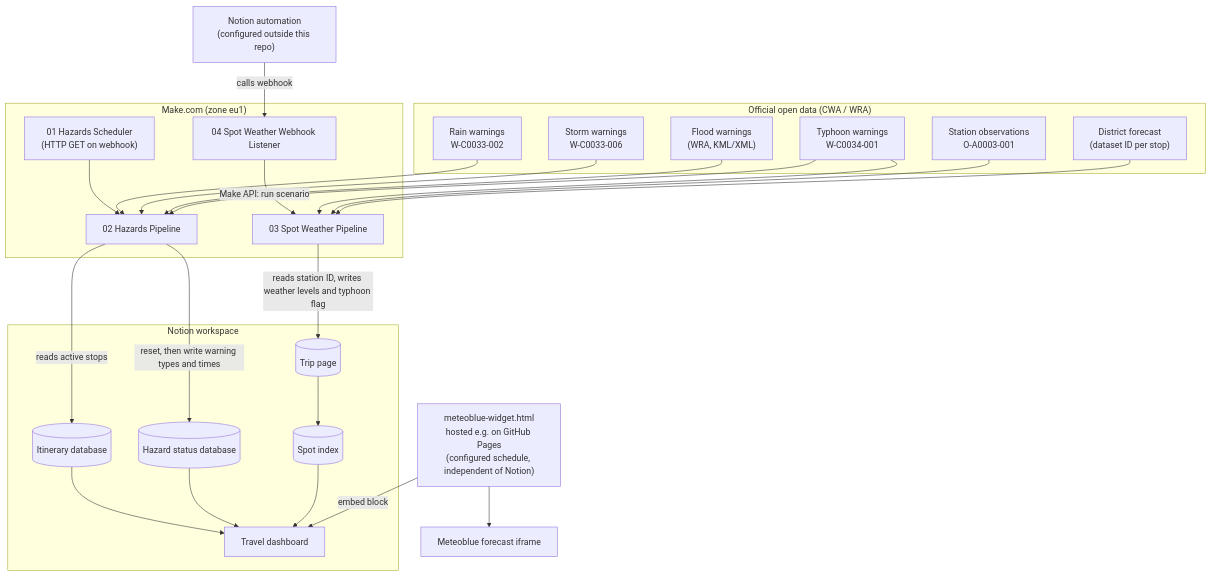
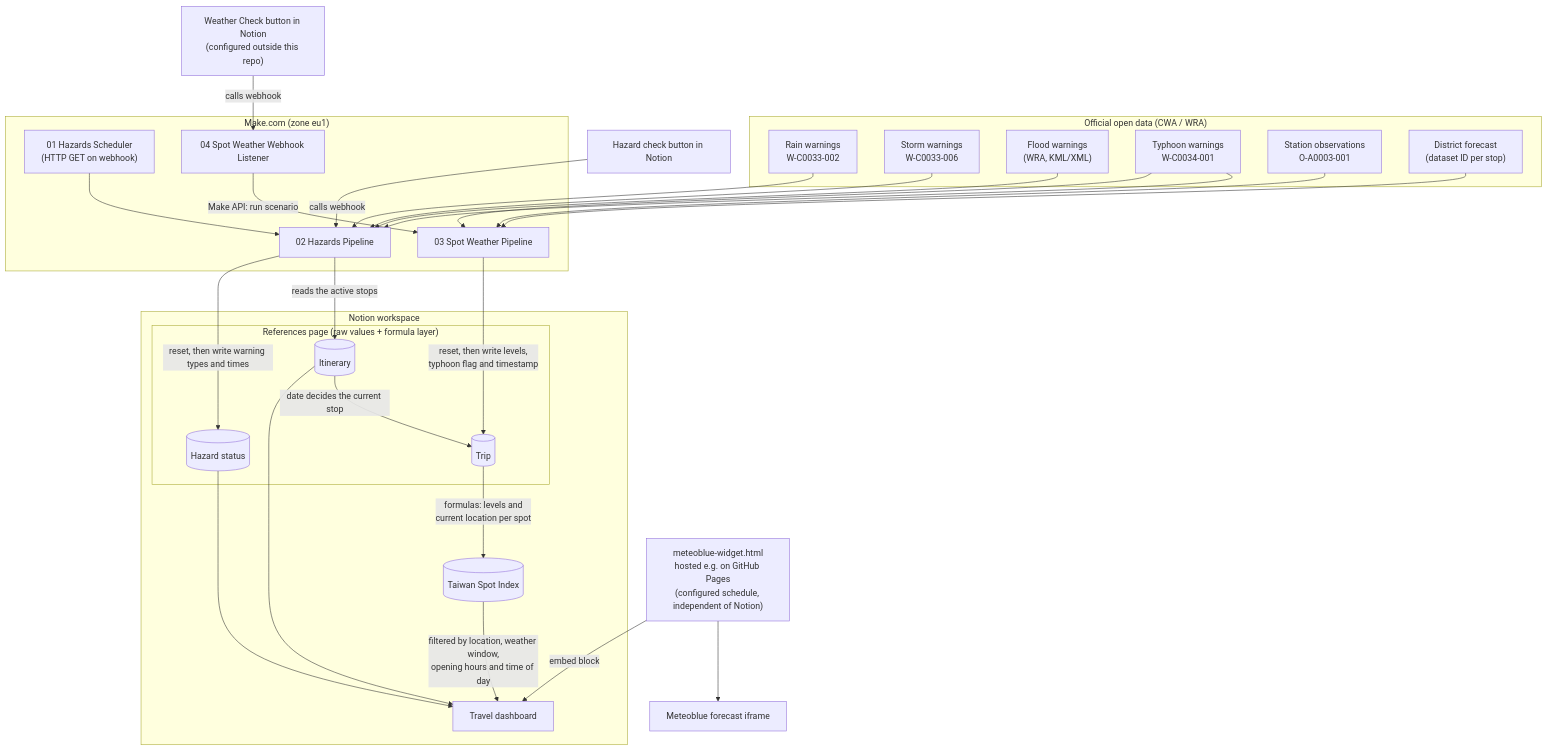
The first of 4 diagrams in README.md (bisch2306/travel-weather-intelligence-system), drawn with Mermaid before and after one commit. The commit also changed other lines of this file and 8 other files, not shown here.

````diff
--- a/README.md
+++ b/README.md
@@ -22,44 +27,48 @@
 ```mermaid
 graph TD
     subgraph SRC["Official open data (CWA / WRA)"]
         A1["Rain warnings<br/>W-C0033-002"]
         A2["Storm warnings<br/>W-C0033-006"]
         A3["Flood warnings<br/>(WRA, KML/XML)"]
         A4["Typhoon warnings<br/>W-C0034-001"]
         A5["Station observations<br/>O-A0003-001"]
         A6["District forecast<br/>(dataset ID per stop)"]
     end
 
     subgraph Make["Make.com (zone eu1)"]
         S1["01 Hazards Scheduler<br/>(HTTP GET on webhook)"] --> H["02 Hazards Pipeline"]
         W1["04 Spot Weather Webhook Listener"] -->|"Make API: run scenario"| P["03 Spot Weather Pipeline"]
     end
 
-    T["Notion automation<br/>(configured outside this repo)"] -->|"calls webhook"| W1
+    T1["Hazard check button in Notion"] -->|"calls webhook"| H
+    T["Weather Check button in Notion<br/>(configured outside this repo)"] -->|"calls webhook"| W1
 
     subgraph Notion["Notion workspace"]
-        HD[("Hazard status database")]
-        ID[("Itinerary database")]
-        TR[("Trip page")]
-        SP[("Spot index")]
+        subgraph REF["References page (raw values + formula layer)"]
+            ID[("Itinerary")]
+            HD[("Hazard status")]
+            TR[("Trip")]
+        end
+        SP[("Taiwan Spot Index")]
         DB["Travel dashboard"]
     end
 
     A1 --> H
     A2 --> H
     A3 --> H
     A4 --> H
     A4 --> P
     A5 --> P
     A6 --> P
-    H -->|"reads active stops"| ID
+    H -->|"reads the active stops"| ID
     H -->|"reset, then write warning types and times"| HD
-    P -->|"reads station ID, writes weather levels and typhoon flag"| TR
-    TR --> SP
+    P -->|"reset, then write levels,<br/>typhoon flag and timestamp"| TR
+    ID -->|"date decides the current stop"| TR
+    TR -->|"formulas: levels and<br/>current location per spot"| SP
     ID --> DB
     HD --> DB
-    SP --> DB
+    SP -->|"filtered by location, weather window,<br/>opening hours and time of day"| DB
 
     WG["meteoblue-widget.html<br/>hosted e.g. on GitHub Pages<br/>(configured schedule, independent of Notion)"] -->|"embed block"| DB
     WG --> MB["Meteoblue forecast iframe"]
 ```
````
